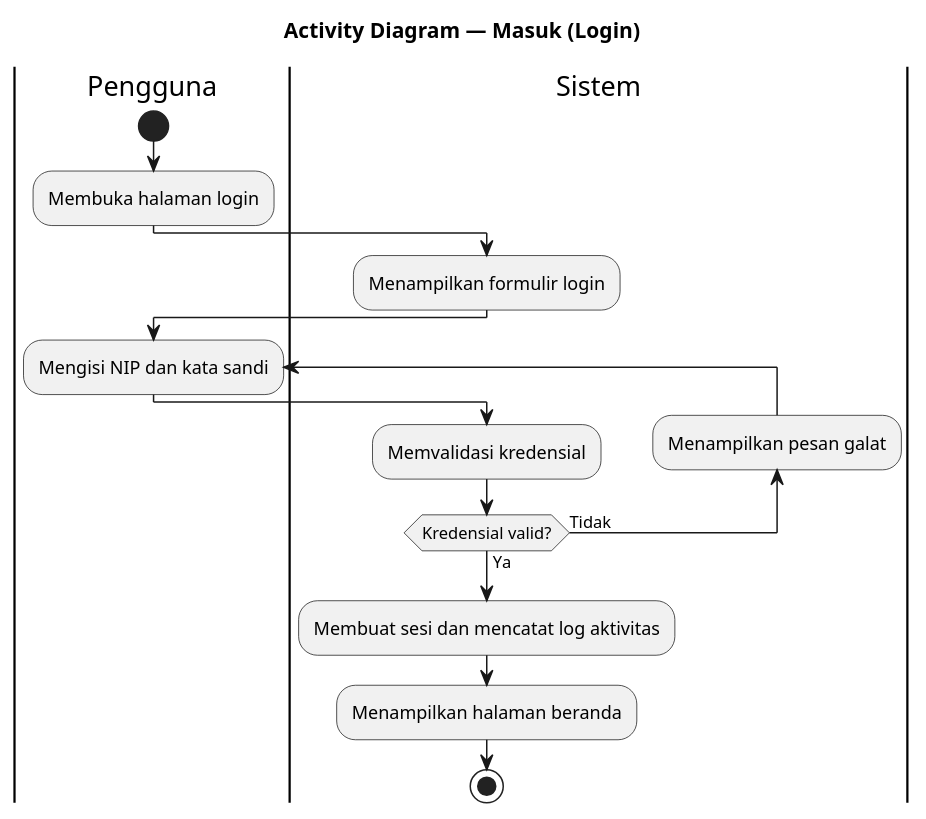
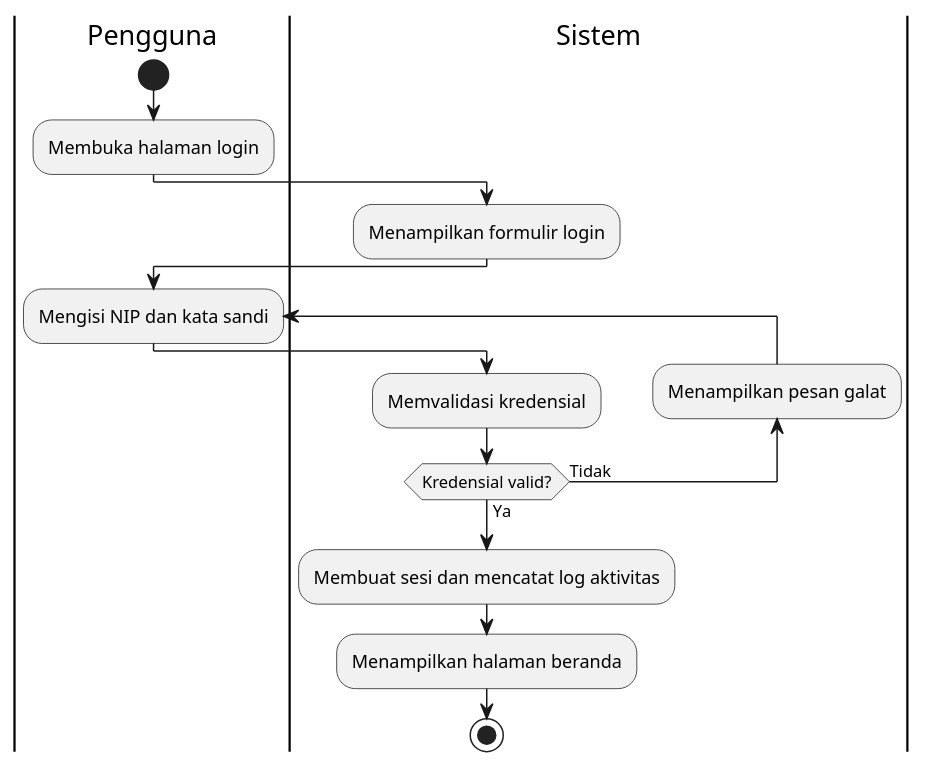
The first of 4 diagrams in docs/vp-import/simaftunsur-activity.puml (bagaskarawg/simaftunsur), drawn with PlantUML before and after one commit. The commit also changed other lines of this file and 137 other files, not shown here.

First line of the commit message:
docs: diagram VP (UC/AD/Class/Sequence/ERD), flowchart algoritma, wireframe & daftar simbol

```diff
--- a/docs/vp-import/simaftunsur-activity.puml
+++ b/docs/vp-import/simaftunsur-activity.puml
@@ -12,17 +12,17 @@
 @startuml AD-01-Masuk-Login
-title Activity Diagram — Masuk (Login)
+skinparam backgroundColor #FFFFFF
 |Pengguna|
 start
 :Membuka halaman login;
 |Sistem|
 :Menampilkan formulir login;
 |Pengguna|
 repeat :Mengisi NIP dan kata sandi;
 |Sistem|
 :Memvalidasi kredensial;
 backward :Menampilkan pesan galat;
 repeat while (Kredensial valid?) is (Tidak) not (Ya)
 :Membuat sesi dan mencatat log aktivitas;
 :Menampilkan halaman beranda;
 stop
 @enduml
```
